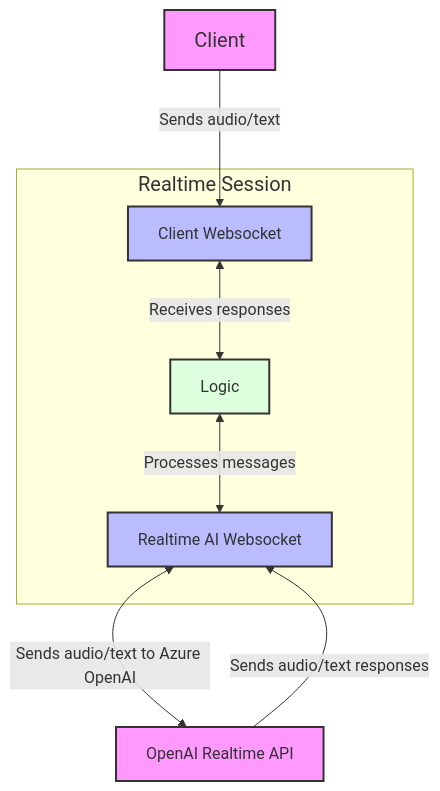
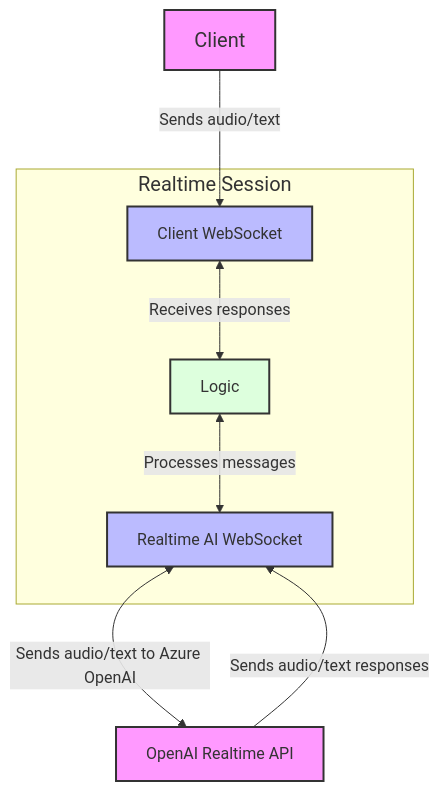
The diagram in README.md (DanWahlin/RealtimeAIApp-JS), drawn with Mermaid before and after one commit.

````diff
--- a/README.md
+++ b/README.md
@@ -51,25 +51,25 @@
 ```mermaid
 %%{init: {'flowchart': {'nodeSpacing': 50, 'rankSpacing': 75}}}%%
 graph TD
-    A[Client] -->|Sends audio/text| B[Client Websocket]
+    A[Client] -->|Sends audio/text| B[Client WebSocket]
     subgraph Realtime_Session["Realtime Session"]
-        B[Client Websocket]
+        B[Client WebSocket]
         C[Logic]
-        D[Realtime AI Websocket]
+        D[Realtime AI WebSocket]
     end
     E[OpenAI Realtime API]
 
     B <-->|Receives responses| C
     C <-->|Processes messages| D
     D <-->|Sends audio/text to Azure OpenAI| E
     E -->|Sends audio/text responses| D
 
     classDef sessionLabel font-size:20px;
     class Realtime_Session sessionLabel
 
     style A fill:#f9f,stroke:#333,stroke-width:2px,font-size:20px;
     style B fill:#bbf,stroke:#333,stroke-width:2px
     style C fill:#dfd,stroke:#333,stroke-width:2px
     style D fill:#bbf,stroke:#333,stroke-width:2px
     style E fill:#f9f,stroke:#333,stroke-width:2px
 ```
````
